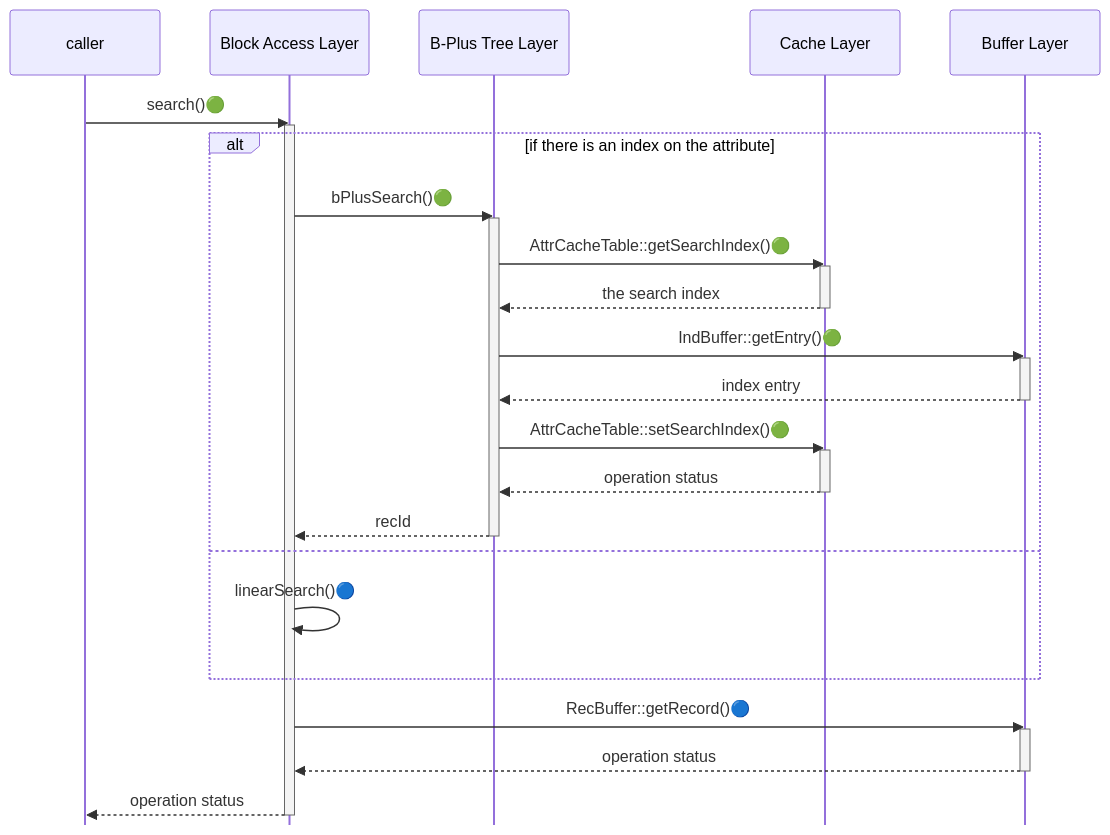
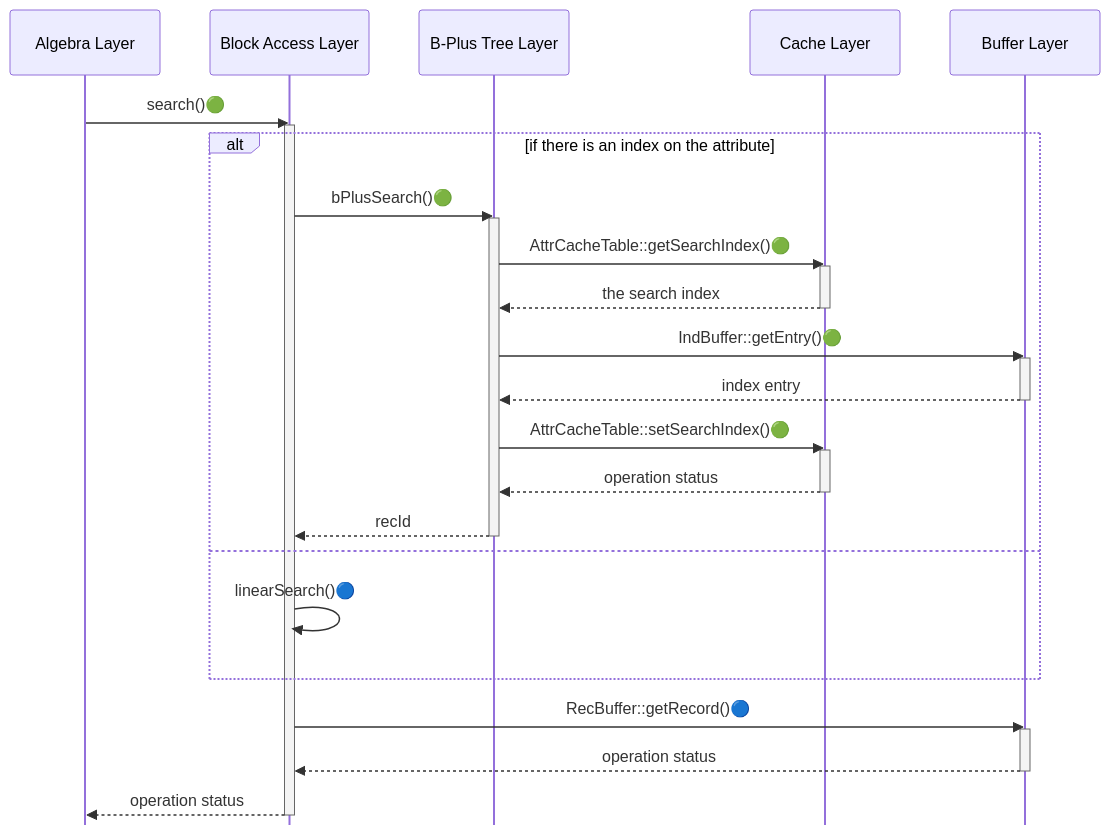
Before and after one commit to NITCbase/nitcbase.github.io: the first of 6 diagrams in docs/Roadmap/Stage10.md, drawn with Mermaid. The commit also changed other lines of this file and 3 other files, not shown here.

````diff
--- a/docs/Roadmap/Stage10.md
+++ b/docs/Roadmap/Stage10.md
@@ -103,37 +103,37 @@
 ```mermaid
 %%{init: { 'sequence': {'mirrorActors':false} } }%%
 sequenceDiagram
-  participant caller
+  participant Algebra Layer
   participant Block Access Layer
   participant B-Plus Tree Layer
   participant Cache Layer
   participant Buffer Layer
-  caller->>Block Access Layer: search()🟢
+  Algebra Layer->>Block Access Layer: search()🟢
   activate Block Access Layer
   alt if there is an index on the attribute
   Block Access Layer->>B-Plus Tree Layer: bPlusSearch()🟢
   activate B-Plus Tree Layer
   B-Plus Tree Layer->>Cache Layer: AttrCacheTable::getSearchIndex()🟢
   activate Cache Layer
   Cache Layer-->>B-Plus Tree Layer: the search index
   deactivate Cache Layer
   B-Plus Tree Layer->>Buffer Layer: IndBuffer::getEntry()🟢
   activate Buffer Layer
   Buffer Layer-->>B-Plus Tree Layer: index entry
   deactivate Buffer Layer
   B-Plus Tree Layer->>Cache Layer: AttrCacheTable::setSearchIndex()🟢
   activate Cache Layer
   Cache Layer-->>B-Plus Tree Layer: operation status
   deactivate Cache Layer
   B-Plus Tree Layer-->>Block Access Layer: recId
   deactivate B-Plus Tree Layer
   else
   Block Access Layer->>Block Access Layer: linearSearch()🔵
   end
   Block Access Layer->>Buffer Layer: RecBuffer::getRecord()🔵
   activate Buffer Layer
   Buffer Layer-->>Block Access Layer: operation status
   deactivate Buffer Layer
-  Block Access Layer-->>caller:operation status
+  Block Access Layer-->>Algebra Layer:operation status
   deactivate Block Access Layer
 ```
````
